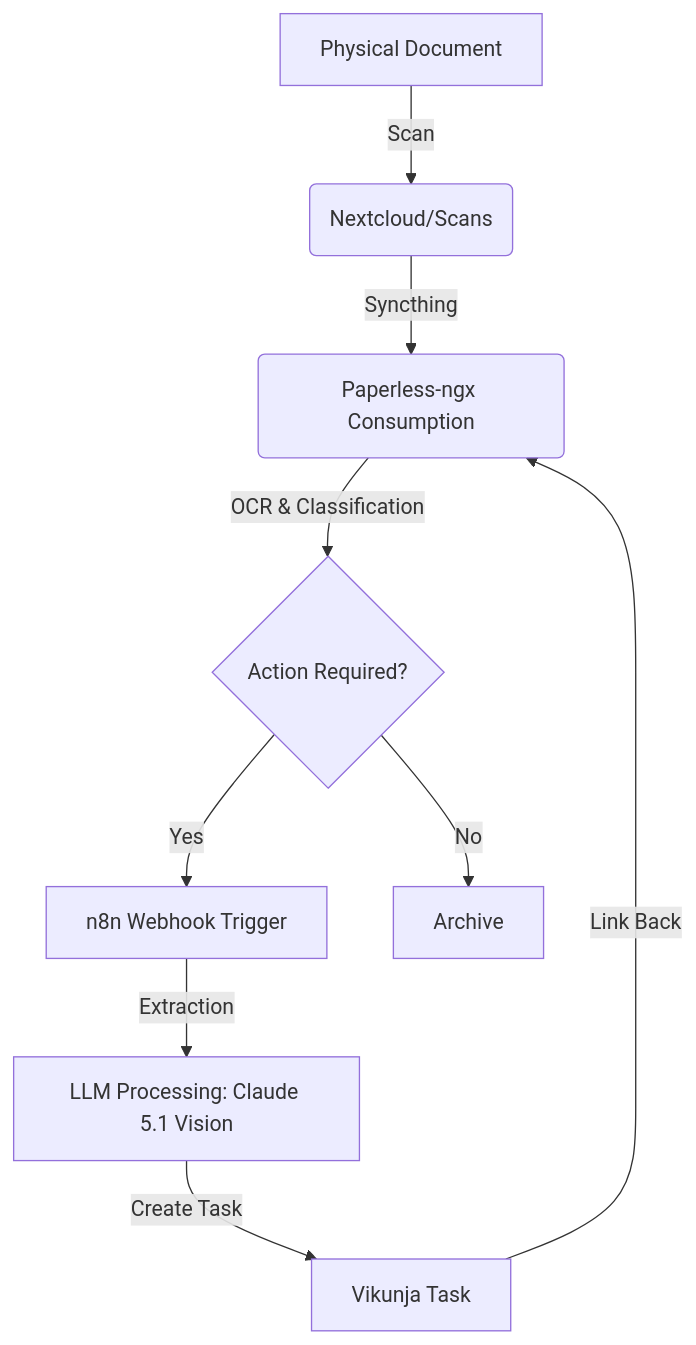
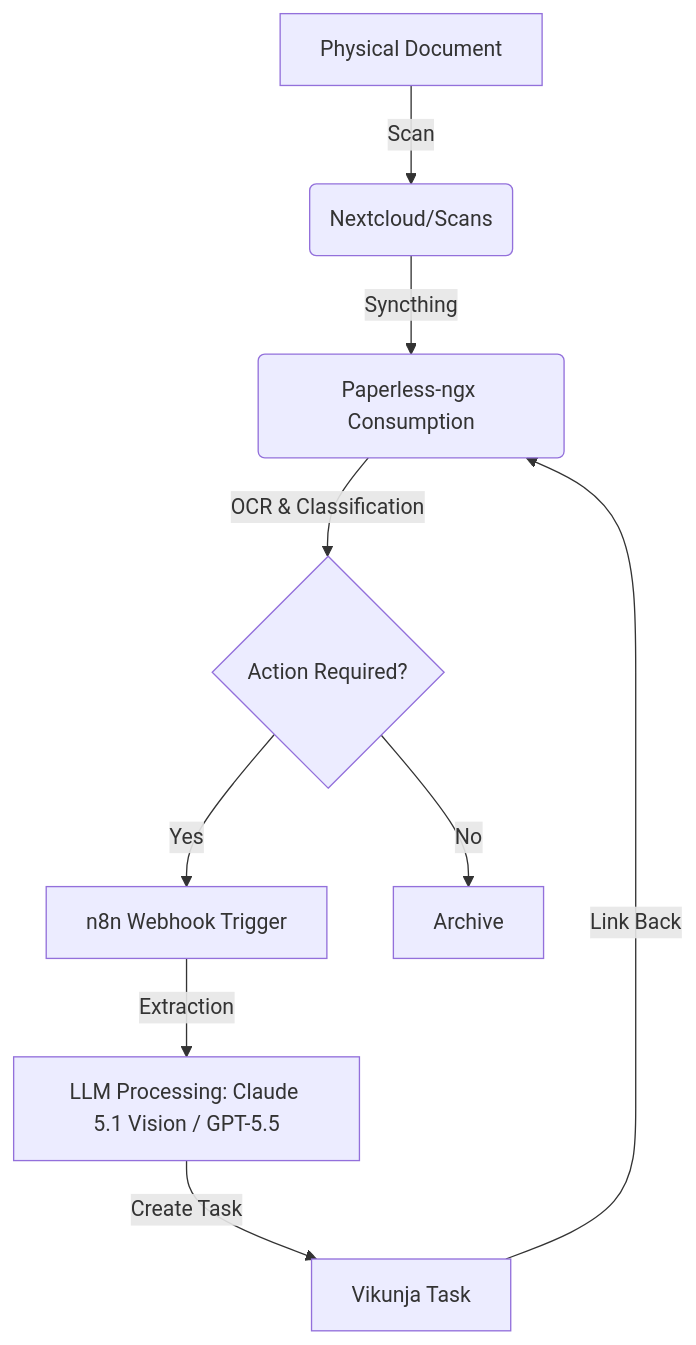
One commit to joanmarcriera/Home-office-automations changed the diagram in docs/playbooks/scan-to-task.md. Above: the diagram before and after it, drawn with Mermaid. The commit also changed other lines of this file and 5 other files, not shown here.

````diff
--- a/docs/playbooks/scan-to-task.md
+++ b/docs/playbooks/scan-to-task.md
@@ -48,11 +48,11 @@
 ```mermaid
 flowchart TD
     A[Physical Document] -->|Scan| B(Nextcloud/Scans)
     B -->|Syncthing| C(Paperless-ngx Consumption)
     C -->|OCR & Classification| D{Action Required?}
     D -- Yes --> E[n8n Webhook Trigger]
     D -- No --> F[Archive]
-    E -->|Extraction| G[LLM Processing: Claude 5.1 Vision]
+    E -->|Extraction| G[LLM Processing: Claude 5.1 Vision / GPT-5.5]
     G -->|Create Task| H[Vikunja Task]
     H -->|Link Back| C
 ```
````
